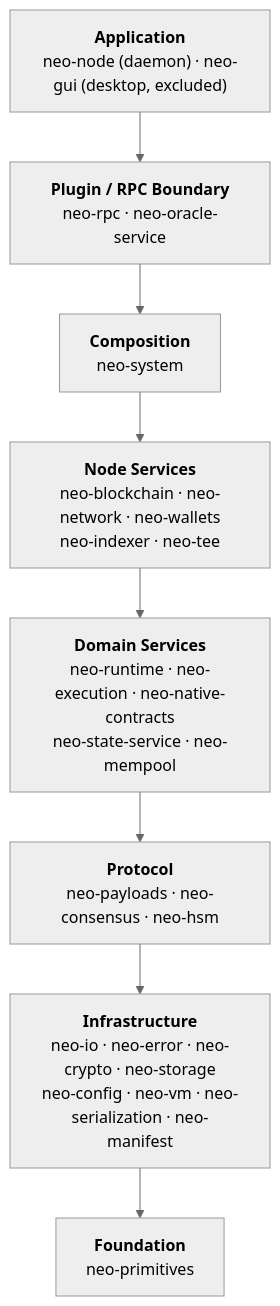
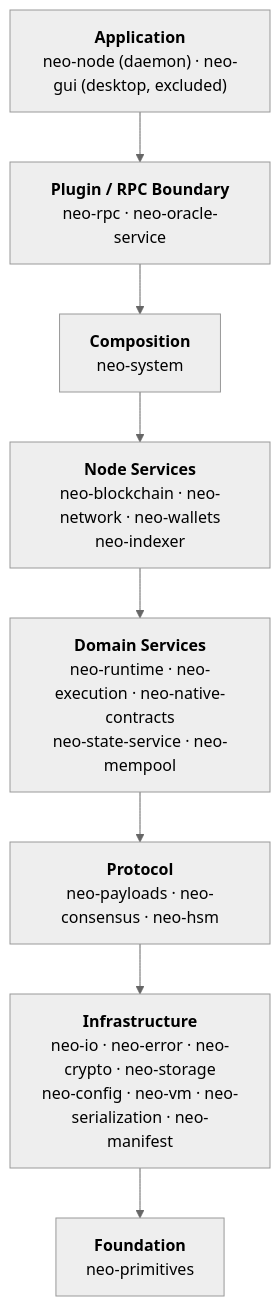
One commit to r3e-network/neo-rs changed the diagram in README.md. Above: the diagram before and after it, drawn with Mermaid (neutral theme). The commit also changed other lines of this file and 64 other files, not shown here.

First line of the commit message:
subtract: delete the unwired neo-tee TEE subsystem + ValidatorAttribute scaffold

````diff
--- a/README.md
+++ b/README.md
@@ -54,12 +54,12 @@
 ```mermaid
 flowchart TD
     APP["<b>Application</b><br/>neo-node (daemon) · neo-gui (desktop, excluded)"]
     PLUG["<b>Plugin / RPC Boundary</b><br/>neo-rpc · neo-oracle-service"]
     COMP["<b>Composition</b><br/>neo-system"]
-    NODE["<b>Node Services</b><br/>neo-blockchain · neo-network · neo-wallets<br/>neo-indexer · neo-tee"]
+    NODE["<b>Node Services</b><br/>neo-blockchain · neo-network · neo-wallets<br/>neo-indexer"]
     DOM["<b>Domain Services</b><br/>neo-runtime · neo-execution · neo-native-contracts<br/>neo-state-service · neo-mempool"]
     PROTO["<b>Protocol</b><br/>neo-payloads · neo-consensus · neo-hsm"]
     INF["<b>Infrastructure</b><br/>neo-io · neo-error · neo-crypto · neo-storage<br/>neo-config · neo-vm · neo-serialization · neo-manifest"]
     FND["<b>Foundation</b><br/>neo-primitives"]
     APP --> PLUG --> COMP --> NODE --> DOM --> PROTO --> INF --> FND
 ```
````
